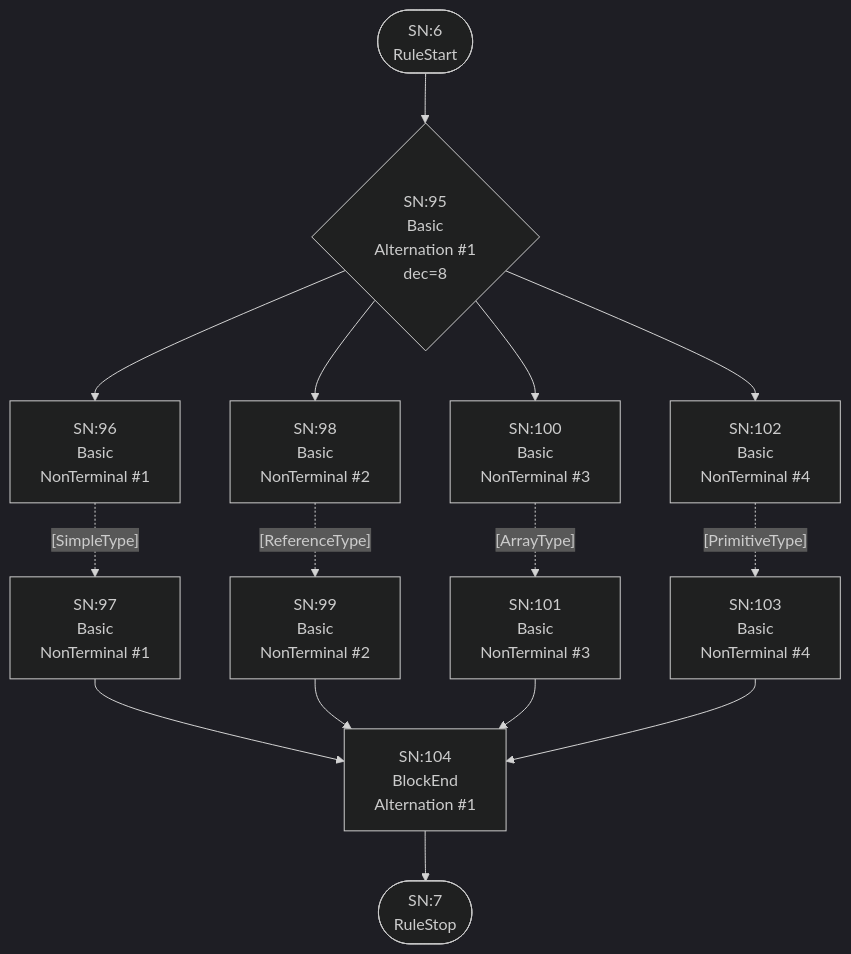
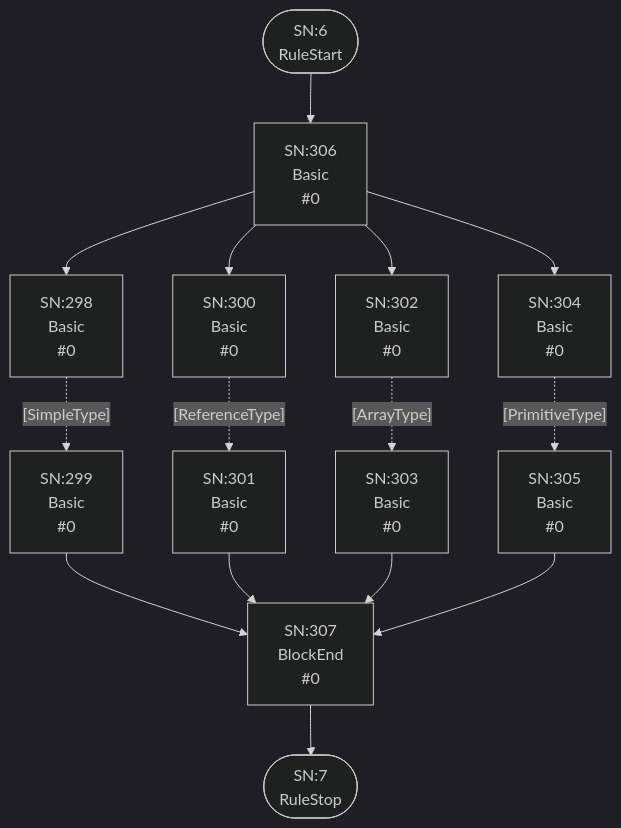
One commit to TypeFox/fastbelt changed the fourth of 25 diagrams in internal/grammar/atn.md. Above: the diagram before and after it, drawn with Mermaid (dark theme). The commit also changed other lines of this file and 10 other files, not shown here.

````diff
--- a/internal/grammar/atn.md
+++ b/internal/grammar/atn.md
@@ -132,30 +129,30 @@
 ```mermaid
 flowchart TD
     q6(["SN:6<br/>RuleStart"])
     q7(["SN:7<br/>RuleStop"])
-    q95{"SN:95<br/>Basic<br/>Alternation #1<br/>dec=8"}
-    q96["SN:96<br/>Basic<br/>NonTerminal #1"]
-    q97["SN:97<br/>Basic<br/>NonTerminal #1"]
-    q98["SN:98<br/>Basic<br/>NonTerminal #2"]
-    q99["SN:99<br/>Basic<br/>NonTerminal #2"]
-    q100["SN:100<br/>Basic<br/>NonTerminal #3"]
-    q101["SN:101<br/>Basic<br/>NonTerminal #3"]
-    q102["SN:102<br/>Basic<br/>NonTerminal #4"]
-    q103["SN:103<br/>Basic<br/>NonTerminal #4"]
-    q104["SN:104<br/>BlockEnd<br/>Alternation #1"]
+    q298["SN:298<br/>Basic<br/> #0"]
+    q299["SN:299<br/>Basic<br/> #0"]
+    q300["SN:300<br/>Basic<br/> #0"]
+    q301["SN:301<br/>Basic<br/> #0"]
+    q302["SN:302<br/>Basic<br/> #0"]
+    q303["SN:303<br/>Basic<br/> #0"]
+    q304["SN:304<br/>Basic<br/> #0"]
+    q305["SN:305<br/>Basic<br/> #0"]
+    q306["SN:306<br/>Basic<br/> #0"]
+    q307["SN:307<br/>BlockEnd<br/> #0"]
 
-    q6 --> q95
-    q95 --> q96
-    q95 --> q98
-    q95 --> q100
-    q95 --> q102
-    q96 -.->|"[SimpleType]"| q97
-    q97 --> q104
-    q98 -.->|"[ReferenceType]"| q99
-    q99 --> q104
-    q100 -.->|"[ArrayType]"| q101
-    q101 --> q104
-    q102 -.->|"[PrimitiveType]"| q103
-    q103 --> q104
-    q104 --> q7
+    q6 --> q306
+    q298 -.->|"[SimpleType]"| q299
+    q299 --> q307
+    q300 -.->|"[ReferenceType]"| q301
+    q301 --> q307
+    q302 -.->|"[ArrayType]"| q303
+    q303 --> q307
+    q304 -.->|"[PrimitiveType]"| q305
+    q305 --> q307
+    q306 --> q298
+    q306 --> q300
+    q306 --> q302
+    q306 --> q304
+    q307 --> q7
 ```
````
